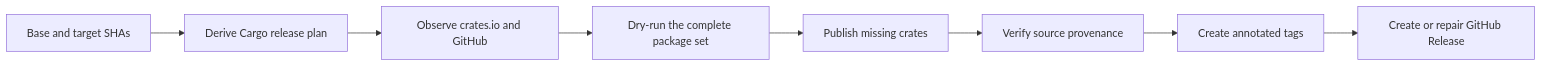
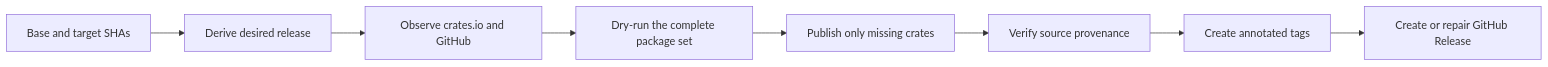
The diagram in README.md (ZcashFoundation/cargo-release), drawn with Mermaid before and after one commit. The commit also changed other lines of this file, not shown here.

Commit message:
docs: explain Cargo Release adoption boundary

````diff
--- a/README.md
+++ b/README.md
@@ -66,10 +130,10 @@
 ```mermaid
 flowchart LR
-    A["Base and target SHAs"] --> B["Derive Cargo release plan"]
+    A["Base and target SHAs"] --> B["Derive desired release"]
     B --> C["Observe crates.io and GitHub"]
     C --> D["Dry-run the complete package set"]
-    D --> E["Publish missing crates"]
+    D --> E["Publish only missing crates"]
     E --> F["Verify source provenance"]
     F --> G["Create annotated tags"]
     G --> H["Create or repair GitHub Release"]
 ```
````
